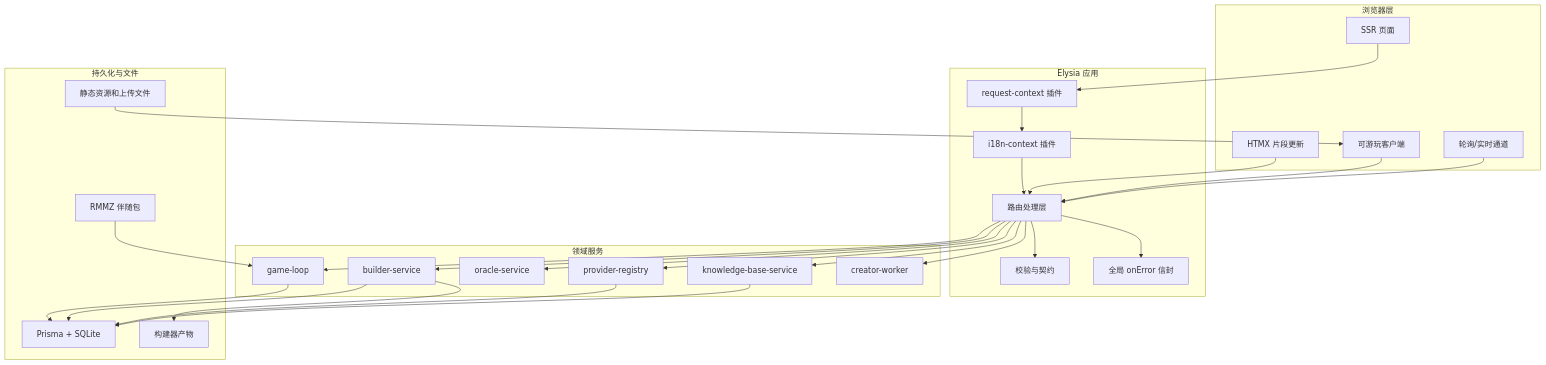
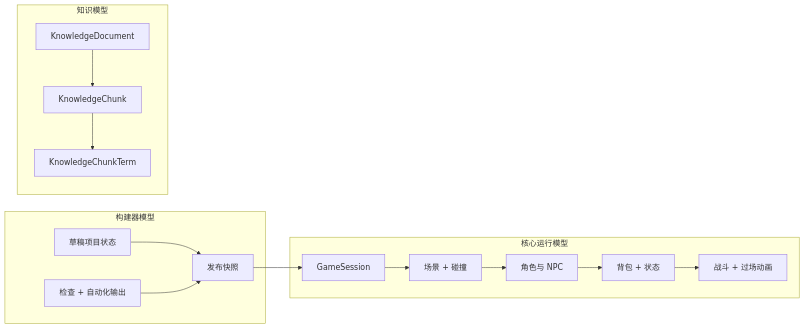
Before and after one commit to d4551/tea: the tenth of 12 diagrams in README.md, drawn with Mermaid. The commit also changed other lines of this file and 2 other files, not shown here.

Commit message:
Align README to line-by-line bilingual format with collapsible bilingual mermaid charts

````diff
--- a/README.md
+++ b/README.md
@@ -371,54 +462,28 @@
 ```mermaid
-flowchart TB
-  subgraph 浏览器层["浏览器层"]
-    S1["SSR 页面"]
-    S2["HTMX 片段更新"]
-    S3["可游玩客户端"]
-    S4["轮询/实时通道"]
+flowchart LR
+  subgraph 核心运行模型["核心运行模型"]
+    GS["GameSession"]
+    SC["场景 + 碰撞"]
+    AC["角色与 NPC"]
+    IV["背包 + 状态"]
+    CB["战斗 + 过场动画"]
   end
 
-  subgraph 应用层["Elysia 应用"]
-    A1["request-context 插件"]
-    A2["i18n-context 插件"]
-    A3["路由处理层"]
-    A4["校验与契约"]
-    A5["全局 onError 信封"]
+  subgraph 构建器模型["构建器模型"]
+    DR["草稿项目状态"]
+    RL["发布快照"]
+    CH["检查 + 自动化输出"]
   end
 
-  subgraph 领域层["领域服务"]
-    D1["game-loop"]
-    D2["builder-service"]
-    D3["oracle-service"]
-    D4["provider-registry"]
-    D5["knowledge-base-service"]
-    D6["creator-worker"]
+  subgraph 知识模型["知识模型"]
+    KD["KnowledgeDocument"]
+    KC["KnowledgeChunk"]
+    KT["KnowledgeChunkTerm"]
   end
 
-  subgraph 存储层["持久化与文件"]
-    DB["Prisma + SQLite"]
-    AS["静态资源和上传文件"]
-    AN["构建器产物"]
-    PK["RMMZ 伴随包"]
-  end
-
-  S1 --> A1
-  S2 --> A3
-  S3 --> A3
-  S4 --> A3
-  A1 --> A2 --> A3
-  A3 --> D1
-  A3 --> D2
-  A3 --> D3
-  A3 --> D4
-  A3 --> D5
-  A3 --> D6
-  A3 --> A4
-  A3 --> A5
-  D1 --> DB
-  D2 --> DB
-  D2 --> AN
-  D4 --> DB
-  D5 --> DB
-  AS --> S3
-  PK --> D1
+  DR --> RL --> GS
+  CH --> RL
+  GS --> SC --> AC
+  AC --> IV --> CB
+  KD --> KC --> KT
 ```
````
